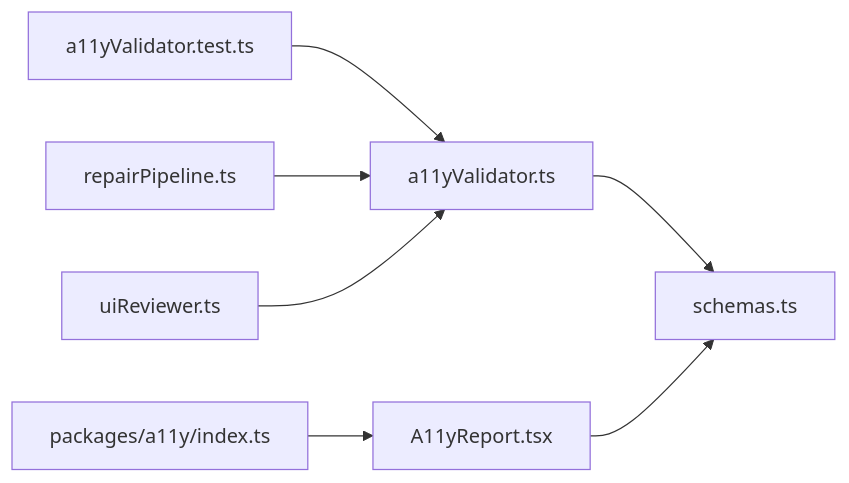
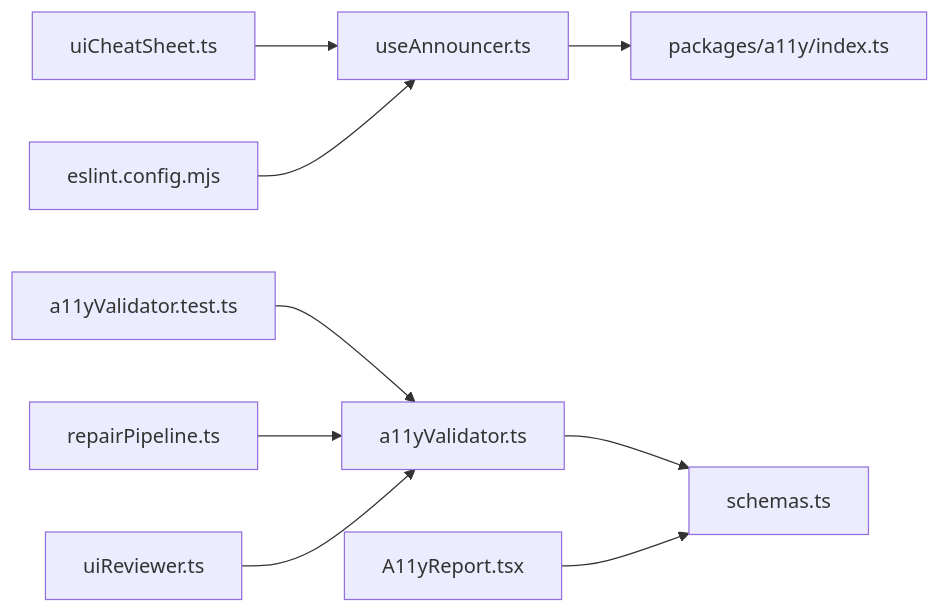
Before and after one commit to shekhargiri005-dotcom/AI-powered-accessibility-first-UI-engine: the ninth of 9 diagrams in .qoder/repowiki/en/content/Validation & Quality Assurance/Accessibility Validation (WCAG 2.1 AA).md, drawn with Mermaid. The commit also changed other lines of this file and 7 other files, not shown here.

````diff
--- a/.qoder/repowiki/en/content/Validation & Quality Assurance/Accessibility Validation (WCAG 2.1 AA).md
+++ b/.qoder/repowiki/en/content/Validation & Quality Assurance/Accessibility Validation (WCAG 2.1 AA).md
@@ -428,9 +518,11 @@
 ```mermaid
 graph LR
 AV["a11yValidator.ts"] --> SCH["schemas.ts"]
 AR["A11yReport.tsx"] --> SCH
+UA["useAnnouncer.ts"] --> IDX["packages/a11y/index.ts"]
+UI["uiCheatSheet.ts"] --> UA
 TEST["a11yValidator.test.ts"] --> AV
+ESL["eslint.config.mjs"] --> UA
 RP["repairPipeline.ts"] --> AV
 UR["uiReviewer.ts"] --> AV
-IDX["packages/a11y/index.ts"] --> AR
 ```
````
